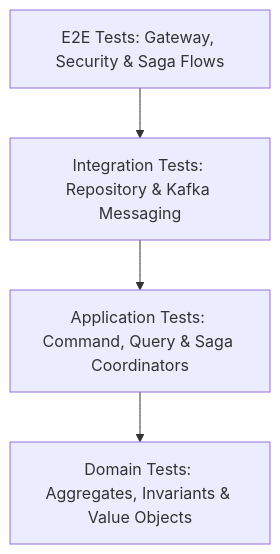
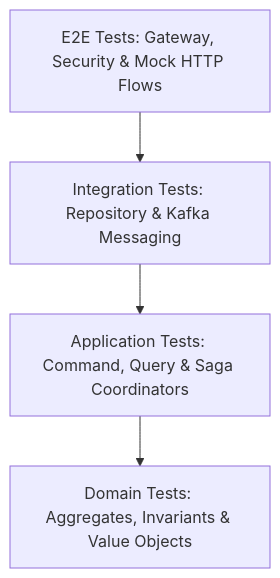
Before and after one commit to tianshi04/rent-a-girlfriend: the diagram in services/booking-service/docs/TESTING.md, drawn with Mermaid. The commit also changed other lines of this file and 17 other files, not shown here.

````diff
--- a/services/booking-service/docs/TESTING.md
+++ b/services/booking-service/docs/TESTING.md
@@ -13,6 +13,6 @@
 ```mermaid
 graph TD
-    A[E2E Tests: Gateway, Security & Saga Flows] --> B[Integration Tests: Repository & Kafka Messaging]
+    A[E2E Tests: Gateway, Security & Mock HTTP Flows] --> B[Integration Tests: Repository & Kafka Messaging]
     B --> C[Application Tests: Command, Query & Saga Coordinators]
     C --> D[Domain Tests: Aggregates, Invariants & Value Objects]
 ```
````
